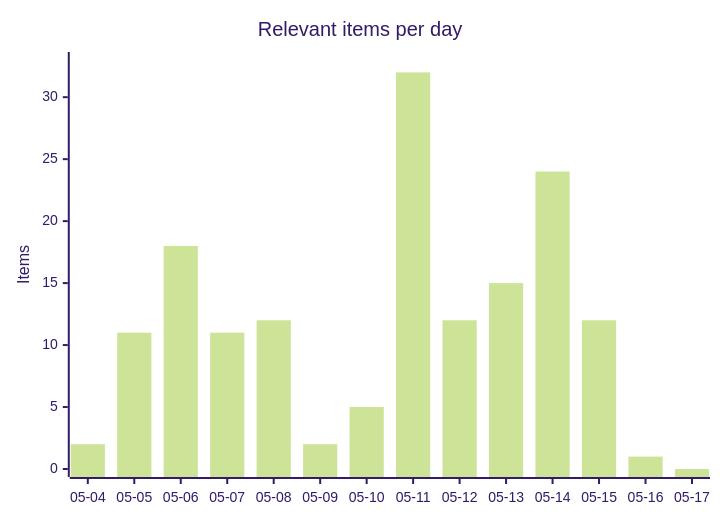
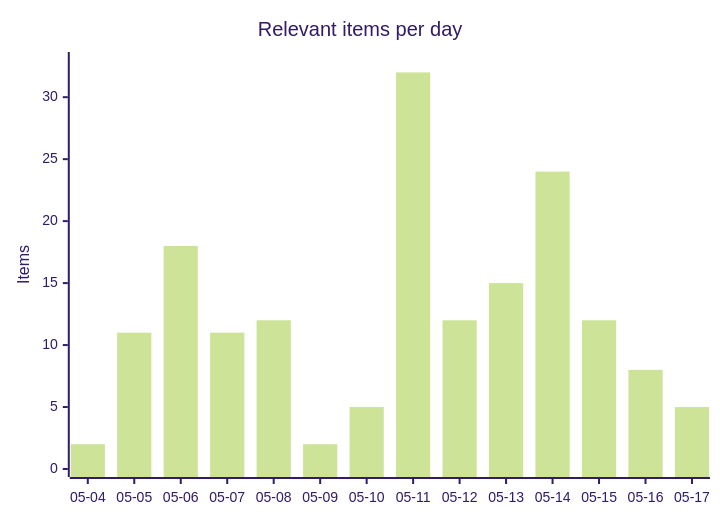
One commit to martinbalfanz/social-scanner-reports changed the first of 4 diagrams in README.md. Above: the diagram before and after it, drawn with Mermaid (forest theme). The commit also changed other lines of this file and 2 other files, not shown here.

````diff
--- a/README.md
+++ b/README.md
@@ -30,7 +30,7 @@
 ```mermaid
 xychart-beta
     title "Relevant items per day"
     x-axis ["05-04", "05-05", "05-06", "05-07", "05-08", "05-09", "05-10", "05-11", "05-12", "05-13", "05-14", "05-15", "05-16", "05-17"]
     y-axis "Items" 0 --> 33
-    bar [2, 11, 18, 11, 12, 2, 5, 32, 12, 15, 24, 12, 1, 0]
+    bar [2, 11, 18, 11, 12, 2, 5, 32, 12, 15, 24, 12, 8, 5]
 ```
````
